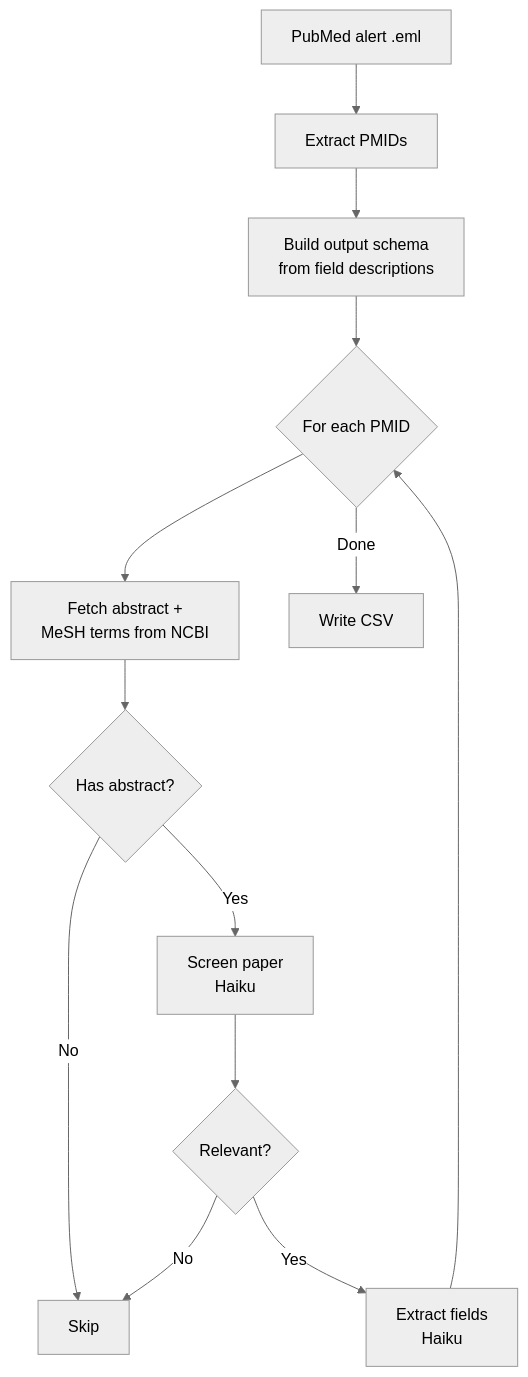
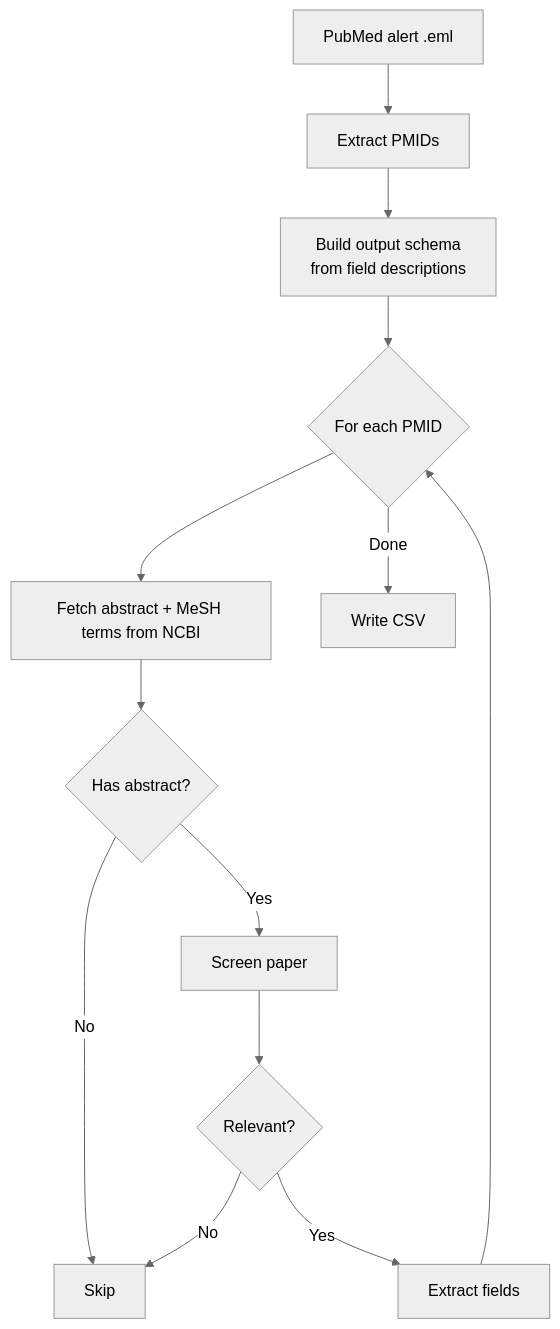
One commit to rachadele/biolit changed the diagram in README.md. Above: the diagram before and after it, drawn with Mermaid (neutral theme).

````diff
--- a/README.md
+++ b/README.md
@@ -64,15 +64,15 @@
 ```mermaid
 flowchart TD
     A[PubMed alert .eml] --> B[Extract PMIDs]
     B --> C[Build output schema\nfrom field descriptions]
     C --> D{For each PMID}
-    D --> E[Fetch abstract +\nMeSH terms from NCBI]
+    D --> E[Fetch abstract + MeSH terms from NCBI]
     E --> F{Has abstract?}
     F -- No --> G[Skip]
-    F -- Yes --> H[Screen paper\nHaiku]
+    F -- Yes --> H[Screen paper]
     H --> I{Relevant?}
     I -- No --> G
-    I -- Yes --> J[Extract fields\nHaiku]
+    I -- Yes --> J[Extract fields]
     J --> D
     D -- Done --> K[Write CSV]
 ```
````
